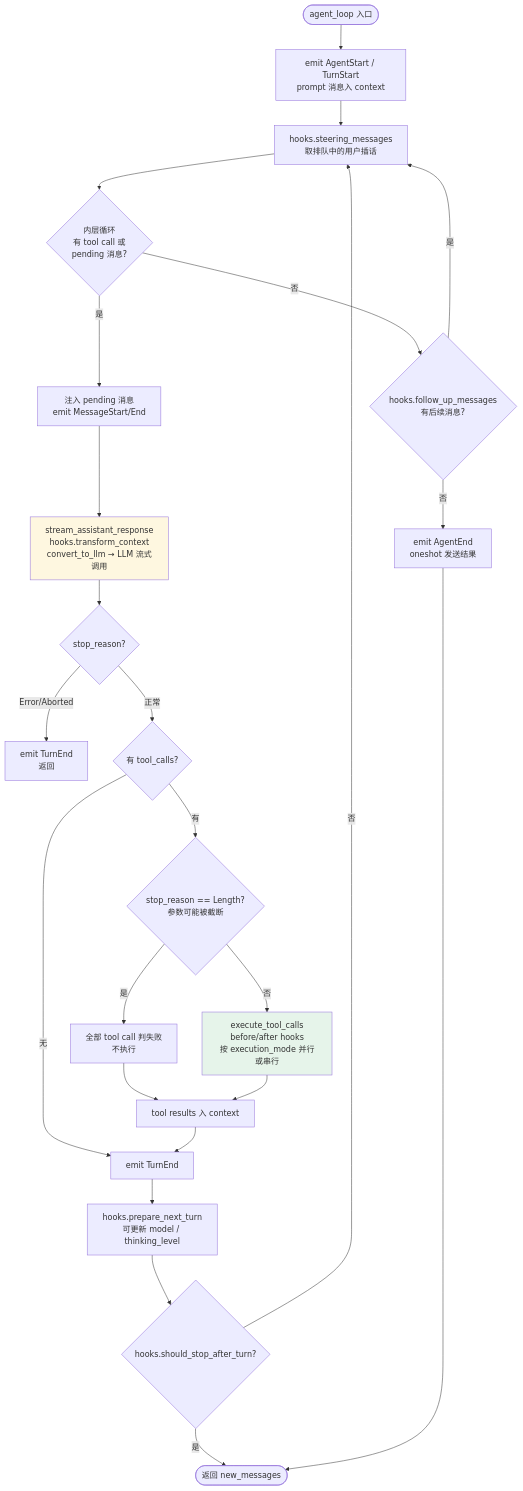
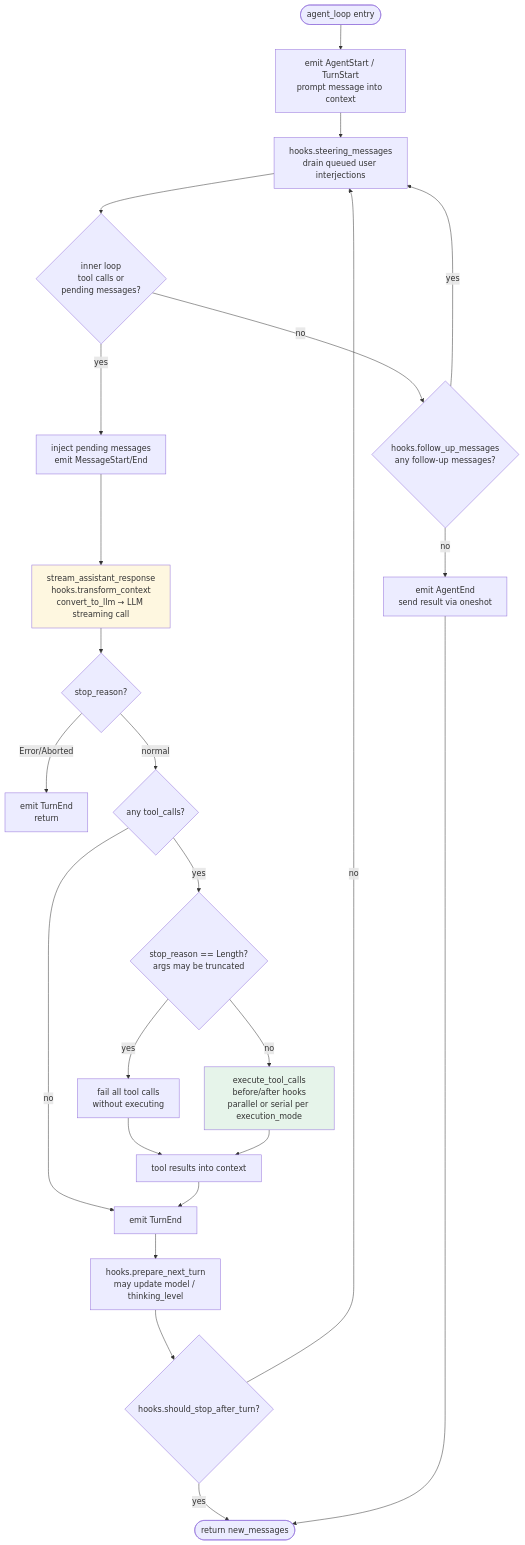
One commit to Tack-AI/tack changed the second of 11 diagrams in docs/architecture.md. Above: the diagram before and after it, drawn with Mermaid. The commit also changed other lines of this file and 46 other files, not shown here.

````diff
--- a/docs/architecture.md
+++ b/docs/architecture.md
@@ -80,29 +87,29 @@
 ```mermaid
 flowchart TD
-    A([agent_loop 入口]) --> B[emit AgentStart / TurnStart<br/>prompt 消息入 context]
-    B --> C[hooks.steering_messages<br/>取排队中的用户插话]
-    C --> D{内层循环<br/>有 tool call 或<br/>pending 消息?}
-    D -- 是 --> E[注入 pending 消息<br/>emit MessageStart/End]
-    E --> F[stream_assistant_response<br/>hooks.transform_context<br/>convert_to_llm → LLM 流式调用]
+    A([agent_loop entry]) --> B[emit AgentStart / TurnStart<br/>prompt message into context]
+    B --> C[hooks.steering_messages<br/>drain queued user interjections]
+    C --> D{inner loop<br/>tool calls or<br/>pending messages?}
+    D -- yes --> E[inject pending messages<br/>emit MessageStart/End]
+    E --> F[stream_assistant_response<br/>hooks.transform_context<br/>convert_to_llm → LLM streaming call]
     F --> G{stop_reason?}
-    G -- Error/Aborted --> H[emit TurnEnd<br/>返回]
-    G -- 正常 --> I{有 tool_calls?}
-    I -- 有 --> J{stop_reason == Length?<br/>参数可能被截断}
-    J -- 是 --> K[全部 tool call 判失败<br/>不执行]
-    J -- 否 --> L[execute_tool_calls<br/>before/after hooks<br/>按 execution_mode 并行或串行]
-    K --> M[tool results 入 context]
+    G -- Error/Aborted --> H[emit TurnEnd<br/>return]
+    G -- normal --> I{any tool_calls?}
+    I -- yes --> J{stop_reason == Length?<br/>args may be truncated}
+    J -- yes --> K[fail all tool calls<br/>without executing]
+    J -- no --> L[execute_tool_calls<br/>before/after hooks<br/>parallel or serial per execution_mode]
+    K --> M[tool results into context]
     L --> M
-    I -- 无 --> N[emit TurnEnd]
+    I -- no --> N[emit TurnEnd]
     M --> N
-    N --> O[hooks.prepare_next_turn<br/>可更新 model / thinking_level]
+    N --> O[hooks.prepare_next_turn<br/>may update model / thinking_level]
     O --> P{hooks.should_stop_after_turn?}
-    P -- 是 --> Q([返回 new_messages])
-    P -- 否 --> C
-    D -- 否 --> R{hooks.follow_up_messages<br/>有后续消息?}
-    R -- 是 --> C
-    R -- 否 --> S[emit AgentEnd<br/>oneshot 发送结果]
+    P -- yes --> Q([return new_messages])
+    P -- no --> C
+    D -- no --> R{hooks.follow_up_messages<br/>any follow-up messages?}
+    R -- yes --> C
+    R -- no --> S[emit AgentEnd<br/>send result via oneshot]
     S --> Q
 
     style F fill:#fef7e0
     style L fill:#e6f4ea
 ```
````
